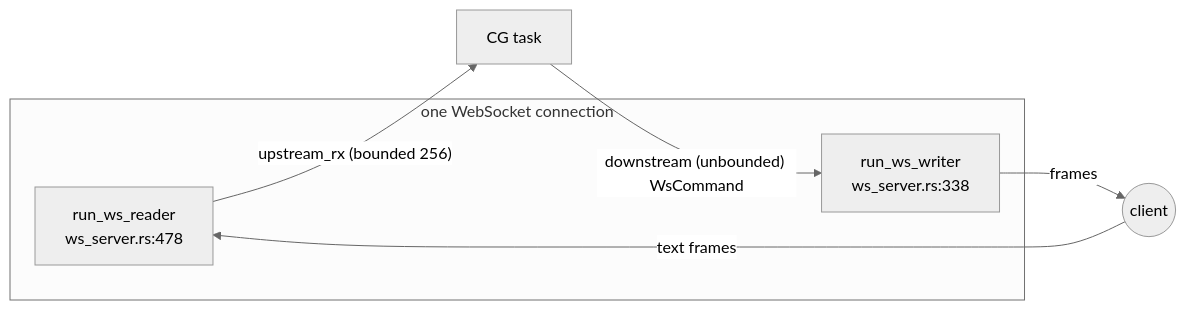
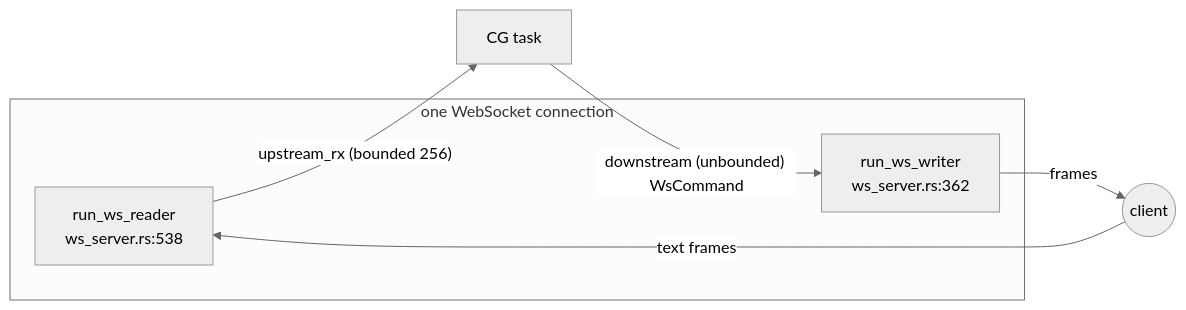
Before and after one commit to kartikparsoya-eng/mono-better: the seventh of 11 diagrams in RUST-SYNCER-ARCHITECTURE.md, drawn with Mermaid (neutral theme). The commit also changed other lines of this file and 9 other files, not shown here.

First line of the commit message:
docs(rust): authoritative syncer architecture guide + I-11, remove dead credit.rs

````diff
--- a/RUST-SYNCER-ARCHITECTURE.md
+++ b/RUST-SYNCER-ARCHITECTURE.md
@@ -258,12 +266,12 @@
 ```mermaid
 flowchart LR
     subgraph sock["one WebSocket connection"]
-        RT["run_ws_reader<br/>ws_server.rs:478"]
-        WT["run_ws_writer<br/>ws_server.rs:338"]
+        RT["run_ws_reader<br/>ws_server.rs:538"]
+        WT["run_ws_writer<br/>ws_server.rs:362"]
     end
     Client((client))
     Client -->|text frames| RT
     RT -->|"upstream_rx (bounded 256)"| CG["CG task"]
     CG -->|"downstream (unbounded) WsCommand"| WT
     WT -->|frames| Client
 ```
````
